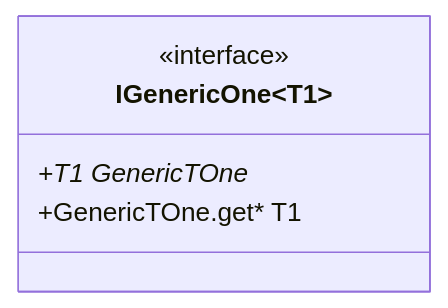
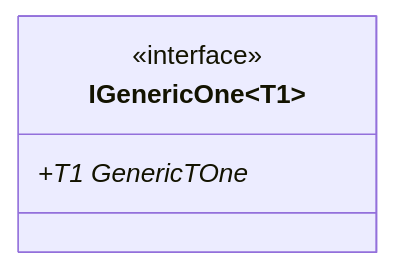
Before and after one commit to erichiller/gh-action-cs-metrics: the fourth of 7 diagrams in test/SampleProject/CODE_METRICS.md, drawn with Mermaid. The commit also changed other lines of this file and 1 other file, not shown here.

Commit message:
Use GetMembers(), filter where applicable

````diff
--- a/test/SampleProject/CODE_METRICS.md
+++ b/test/SampleProject/CODE_METRICS.md
@@ -308,12 +271,11 @@
 ```mermaid
 %%{init: {
     'fontFamily': 'monospace'
 } }%%
 classDiagram
 class SomeRoot_SampleProject_IGenericOne_T1_ ["IGenericOne&lt;T1&gt;"] {
     <<interface>>
     +T1 GenericTOne*
-    +GenericTOne.get* T1
 }
 
 ```
````
